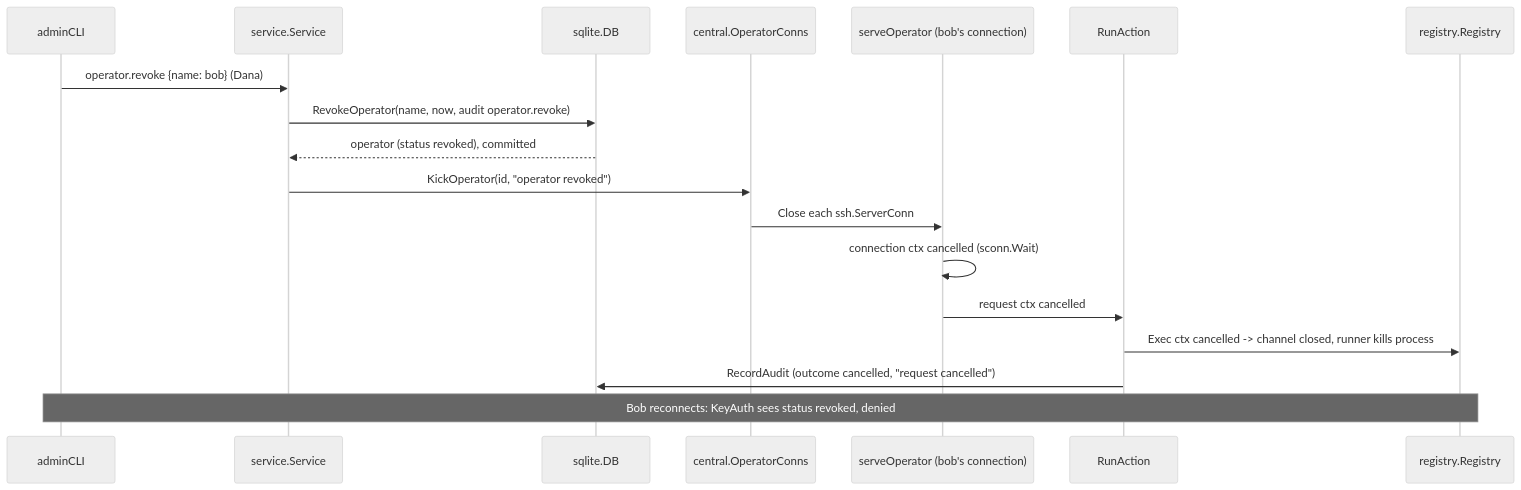
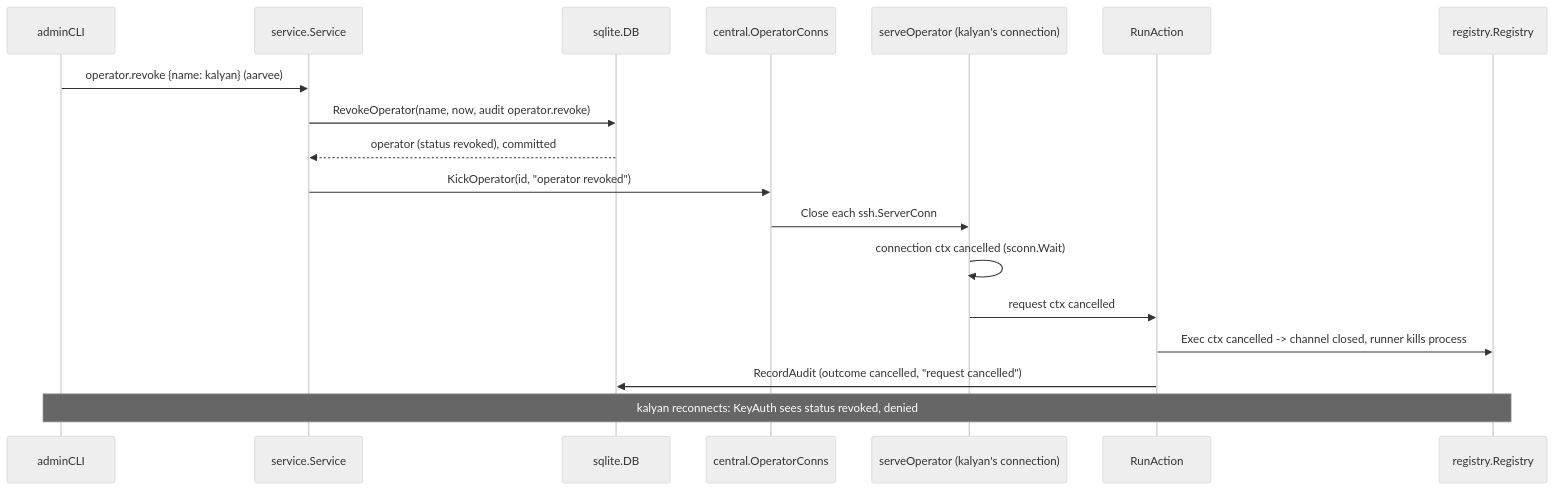
Before and after one commit to mirastacklabs-ai/mirafleet: diagram 17 of 27 in docs/guide/04-flows.md, drawn with Mermaid (neutral theme). The commit also changed other lines of this file and 29 other files, not shown here.

````diff
--- a/docs/guide/04-flows.md
+++ b/docs/guide/04-flows.md
@@ -1020,21 +1020,21 @@
 ```mermaid
 sequenceDiagram
   participant adminCLI as adminCLI
   participant Service as service.Service
   participant sqlite as sqlite.DB
   participant OperatorConns as central.OperatorConns
-  participant serveOperator as serveOperator (bob's connection)
+  participant serveOperator as serveOperator (kalyan's connection)
   participant RunAction as RunAction
   participant Registry as registry.Registry
 
-  adminCLI->>Service: operator.revoke {name: bob} (Dana)
+  adminCLI->>Service: operator.revoke {name: kalyan} (aarvee)
   Service->>sqlite: RevokeOperator(name, now, audit operator.revoke)
   sqlite-->>Service: operator (status revoked), committed
   Service->>OperatorConns: KickOperator(id, "operator revoked")
   OperatorConns->>serveOperator: Close each ssh.ServerConn
   serveOperator->>serveOperator: connection ctx cancelled (sconn.Wait)
   serveOperator->>RunAction: request ctx cancelled
   RunAction->>Registry: Exec ctx cancelled -> channel closed, runner kills process
   RunAction->>sqlite: RecordAudit (outcome cancelled, "request cancelled")
-  Note over adminCLI,Registry: Bob reconnects: KeyAuth sees status revoked, denied
+  Note over adminCLI,Registry: kalyan reconnects: KeyAuth sees status revoked, denied
 ```
````
